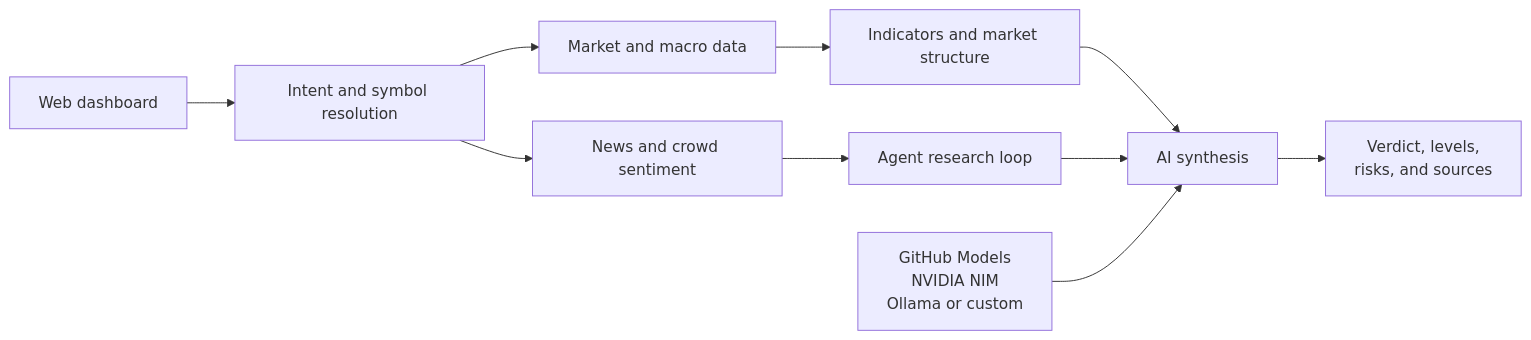
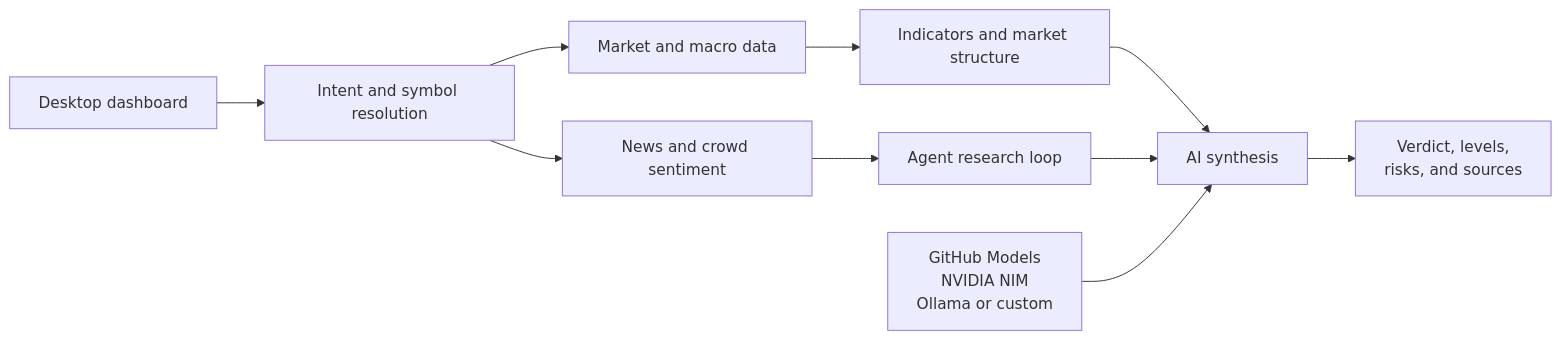
The diagram in README.md (AlGhozaliRamadhan/BOZ), drawn with Mermaid before and after one commit. The commit also changed other lines of this file and 70 other files, not shown here.

````diff
--- a/README.md
+++ b/README.md
@@ -70,12 +69,12 @@
 ```mermaid
 flowchart LR
-    U[Web dashboard] --> I[Intent and symbol resolution]
+    U[Desktop dashboard] --> I[Intent and symbol resolution]
     I --> M[Market and macro data]
     I --> N[News and crowd sentiment]
     M --> T[Indicators and market structure]
     N --> A[Agent research loop]
     T --> S[AI synthesis]
     A --> S
     P[GitHub Models<br/>NVIDIA NIM<br/>Ollama or custom] --> S
     S --> O[Verdict, levels,<br/>risks, and sources]
 ```
````
